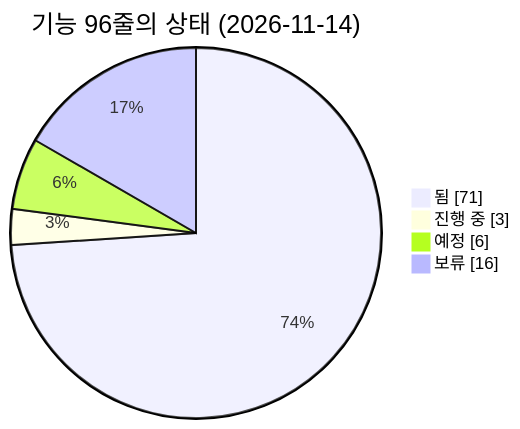
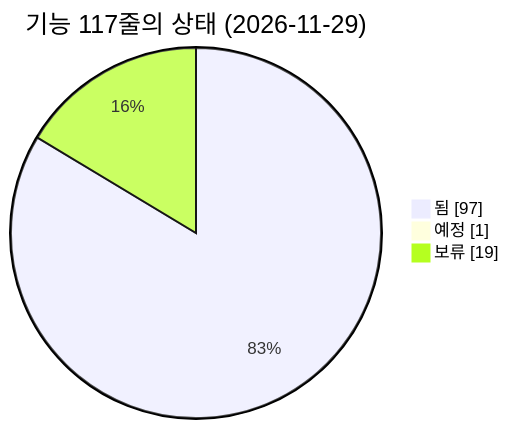
Before and after one commit to agent-ddalgi-team/final-geosan: the first of 4 diagrams in docs/map/feature-map.md, drawn with Mermaid. The commit also changed other lines of this file and 4 other files, not shown here.

````diff
--- a/docs/map/feature-map.md
+++ b/docs/map/feature-map.md
@@ -108,8 +108,7 @@
 ```mermaid
 pie showData
-    title 기능 96줄의 상태 (2026-11-14)
-    "됨" : 71
-    "진행 중" : 3
-    "예정" : 6
-    "보류" : 16
+    title 기능 117줄의 상태 (2026-11-29)
+    "됨" : 97
+    "예정" : 1
+    "보류" : 19
 ```
````
